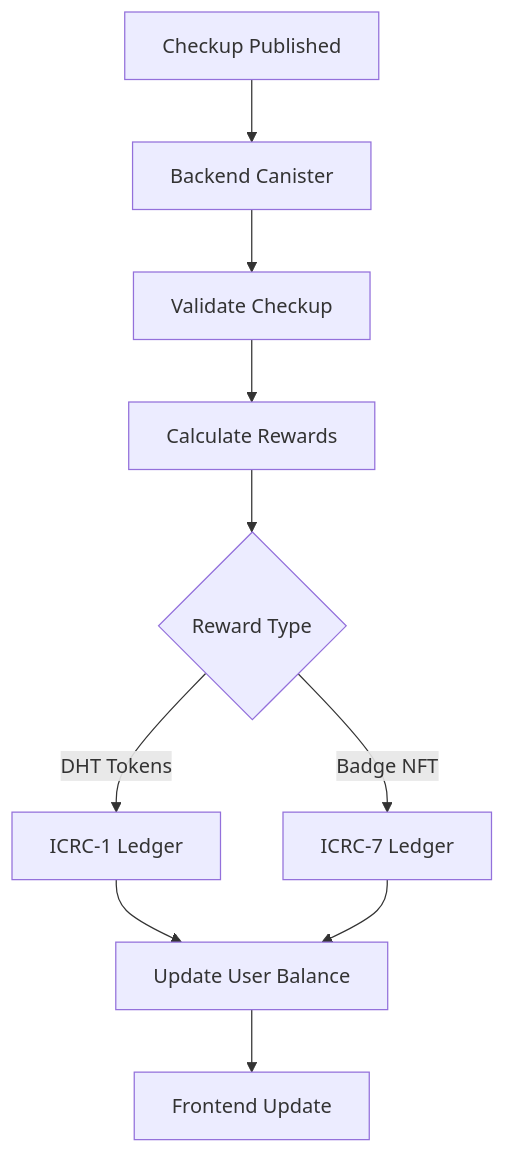
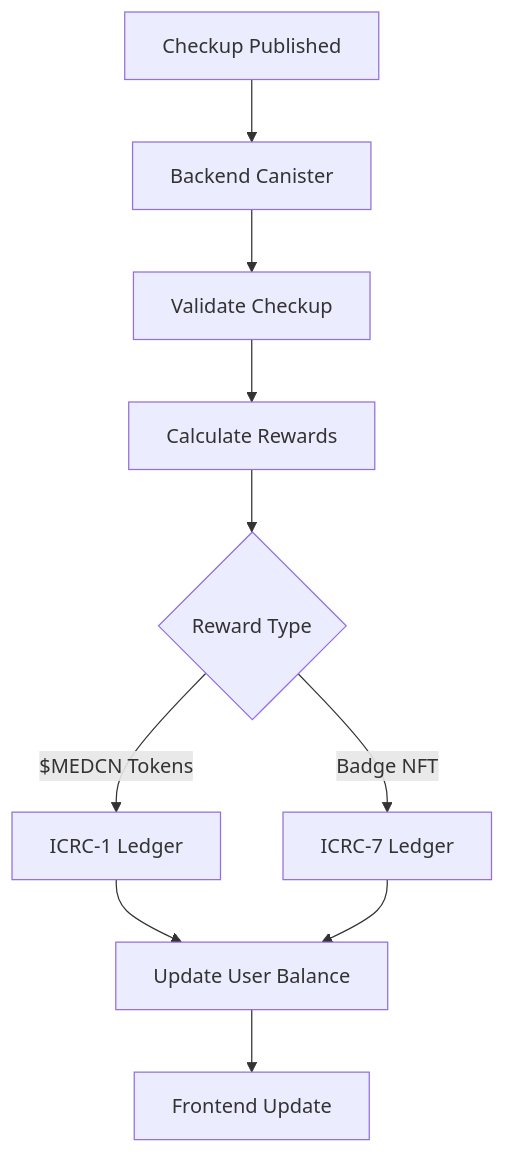
Before and after one commit to Zarathustra-Foundation-Lab/MedicaChan: the fourth of 4 diagrams in deploy/deployment.md, drawn with Mermaid. The commit also changed 9 other files, not shown here.

````diff
--- a/deploy/deployment.md
+++ b/deploy/deployment.md
@@ -82,12 +82,12 @@
    ```mermaid
    graph TD
        T1[Checkup Published] --> T2[Backend Canister]
        T2 --> T3[Validate Checkup]
        T3 --> T4[Calculate Rewards]
        T4 --> T5{Reward Type}
-       T5 -->|DHT Tokens| T6[ICRC-1 Ledger]
+       T5 -->|$MEDCN Tokens| T6[ICRC-1 Ledger]
        T5 -->|Badge NFT| T7[ICRC-7 Ledger]
        T6 --> T8[Update User Balance]
        T7 --> T8
        T8 --> T9[Frontend Update]
    ```
````
